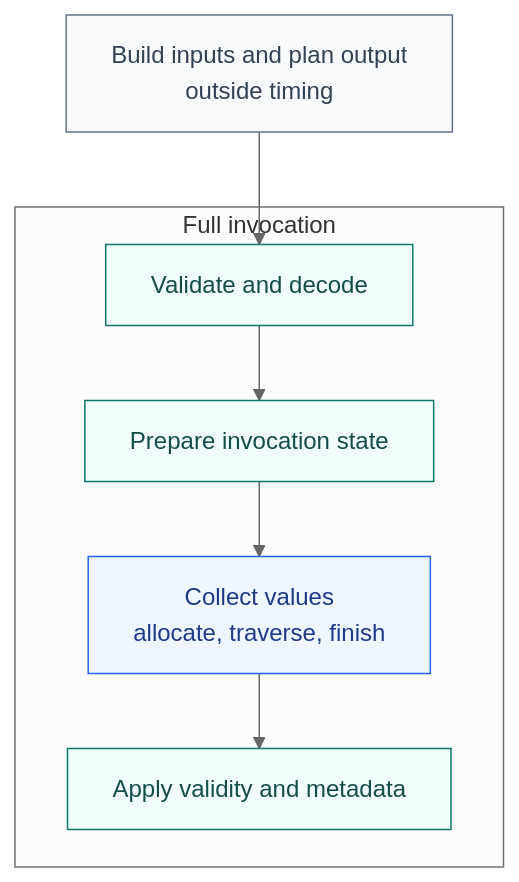
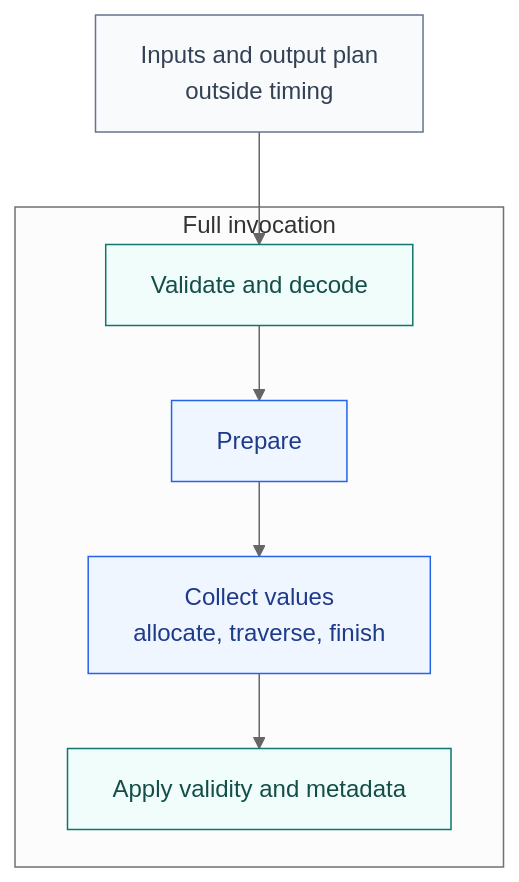
Before and after one commit to spiraldb/rowfn: the diagram in rowfn/COMPARING.md, drawn with Mermaid (neutral theme). The commit also changed other lines of this file and 14 other files, not shown here.

````diff
--- a/rowfn/COMPARING.md
+++ b/rowfn/COMPARING.md
@@ -42,15 +22,15 @@
 ```mermaid
 flowchart TB
-    S["Build inputs and plan output<br/>outside timing"] --> D
+    S["Inputs and output plan<br/>outside timing"] --> D
     subgraph Full["Full invocation"]
-        D["Validate and decode"] --> P["Prepare invocation state"]
+        D["Validate and decode"] --> P["Prepare"]
         P --> C["Collect values<br/>allocate, traverse, finish"]
         C --> R["Apply validity and metadata"]
     end
     class S data
-    class D,P,R host
-    class C core
+    class D,R host
+    class P,C core
     classDef core fill:#eff6ff,stroke:#2563eb,color:#1e3a8a
     classDef host fill:#f0fdfa,stroke:#0f766e,color:#134e4a
     classDef data fill:#f8fafc,stroke:#64748b,color:#334155
 ```
````
